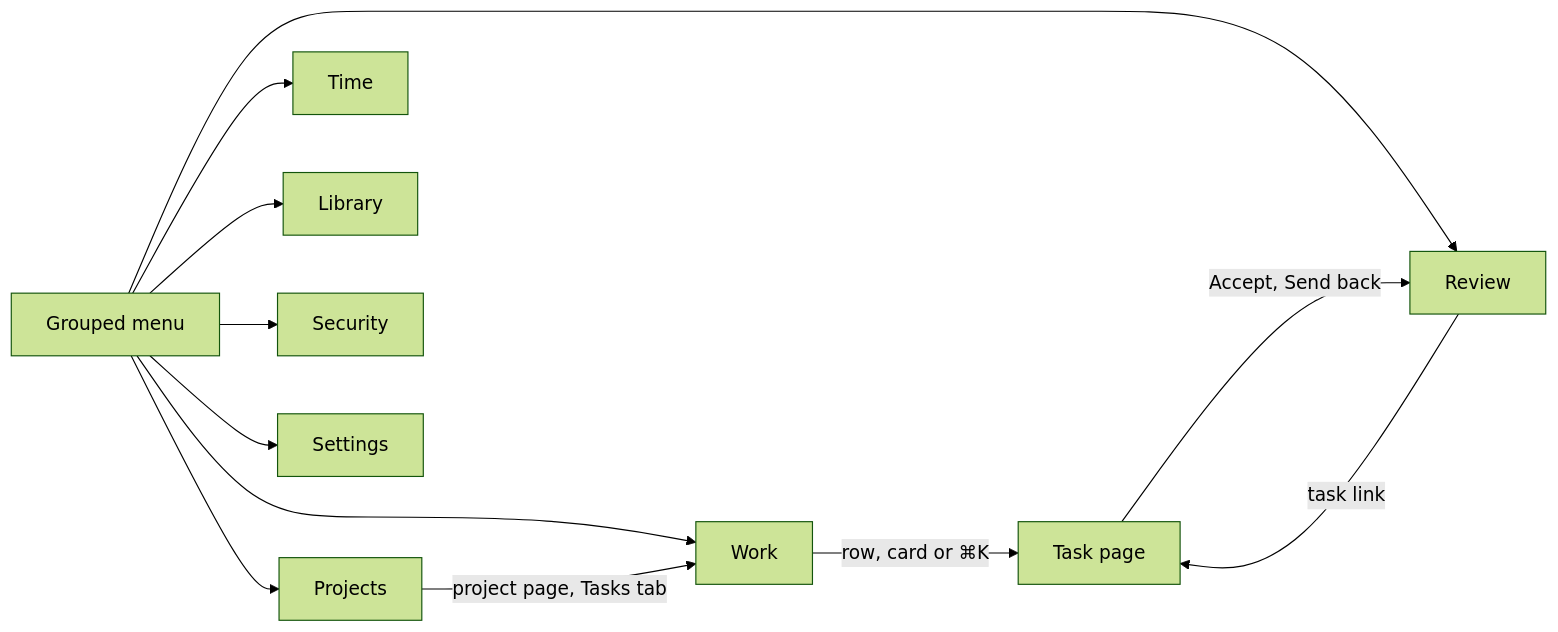
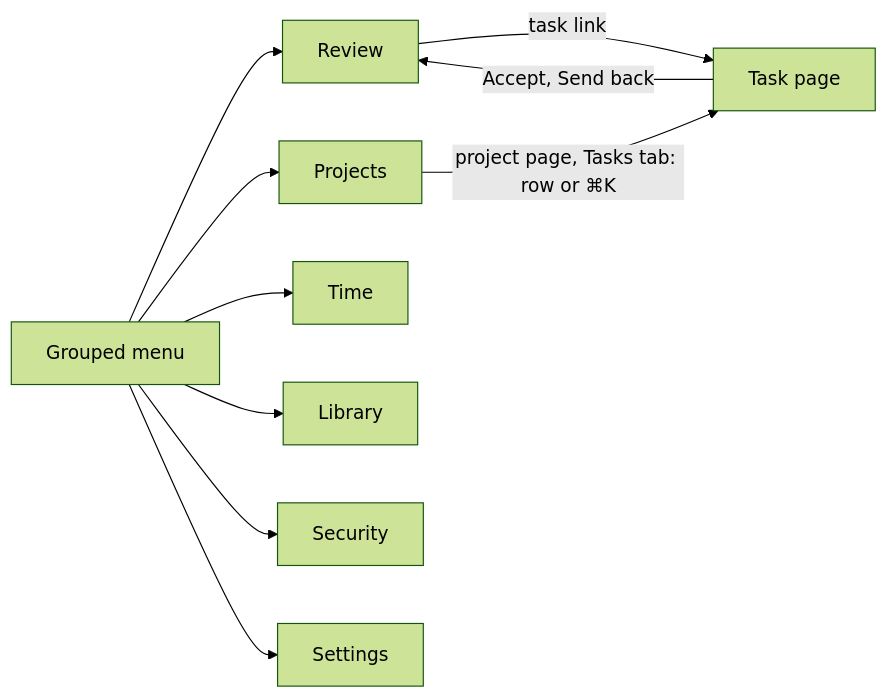
Before and after one commit to ValerioMC/rekall: the diagram in docs/design/console-ui.md, drawn with Mermaid (forest theme). The commit also changed other lines of this file and 121 other files, not shown here.

First line of the commit message:
refactor: remove the Work section and keep the project task list

````diff
--- a/docs/design/console-ui.md
+++ b/docs/design/console-ui.md
@@ -25,14 +25,12 @@
 ```mermaid
 flowchart LR
-  Menu[Grouped menu] --> Work
-  Menu --> Review
+  Menu[Grouped menu] --> Review
   Menu --> Projects
   Menu --> Time
   Menu --> Library
   Menu --> Security
   Menu --> Settings
-  Work -->|row, card or ⌘K| Task[Task page]
-  Review -->|task link| Task
-  Projects -->|project page, Tasks tab| Work
+  Review -->|task link| Task[Task page]
+  Projects -->|project page, Tasks tab: row or ⌘K| Task
   Task -->|Accept, Send back| Review
 ```
````
